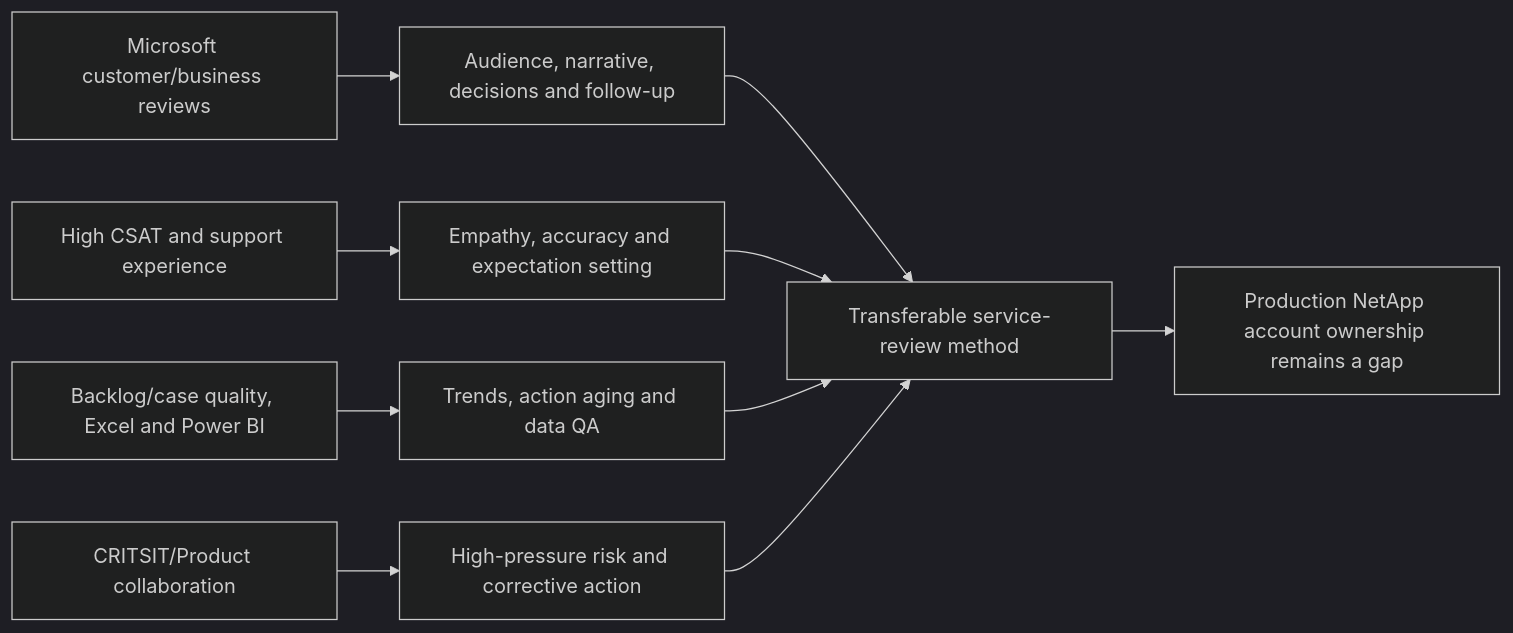
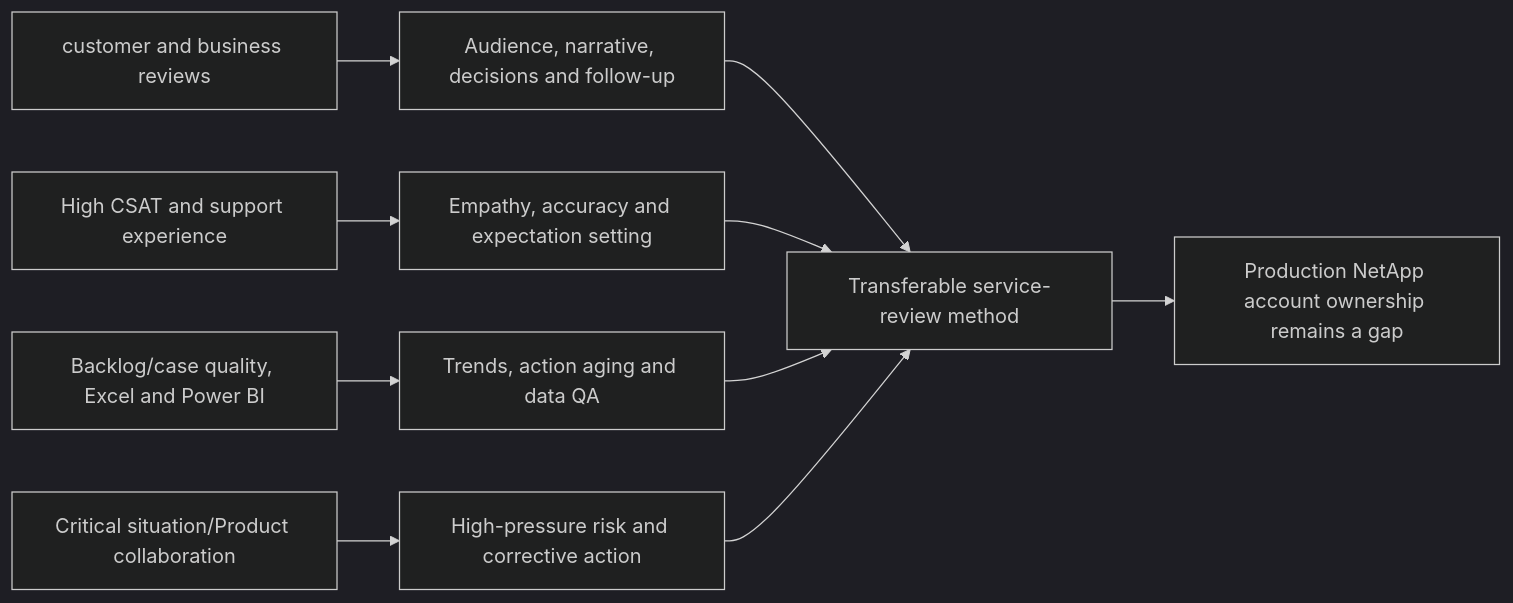
Diagram 24 of 25 in NetApp TAM/prep/Part-80-service-review-customer-risk-scenarios.md (hichauhan-in/Interview-Prep), drawn with Mermaid (dark theme) before and after one commit. The commit also changed other lines of this file and 493 other files, not shown here.

````diff
--- a/NetApp TAM/prep/Part-80-service-review-customer-risk-scenarios.md
+++ b/NetApp TAM/prep/Part-80-service-review-customer-risk-scenarios.md
@@ -607,12 +607,12 @@
 ```mermaid
 flowchart LR
-    REV[Microsoft customer/business reviews] --> MEET[Audience, narrative, decisions and follow-up]
+    REV[customer and business reviews] --> MEET[Audience, narrative, decisions and follow-up]
     CSAT[High CSAT and support experience] --> TRUST[Empathy, accuracy and expectation setting]
     DATA[Backlog/case quality, Excel and Power BI] --> RISK[Trends, action aging and data QA]
-    CRIT[CRITSIT/Product collaboration] --> EXEC[High-pressure risk and corrective action]
+    CRIT[Critical situation/Product collaboration] --> EXEC[High-pressure risk and corrective action]
     MEET --> TRANS[Transferable service-review method]
     TRUST --> TRANS
     RISK --> TRANS
     EXEC --> TRANS
     TRANS --> GAP[Production NetApp account ownership remains a gap]
 ```
````
